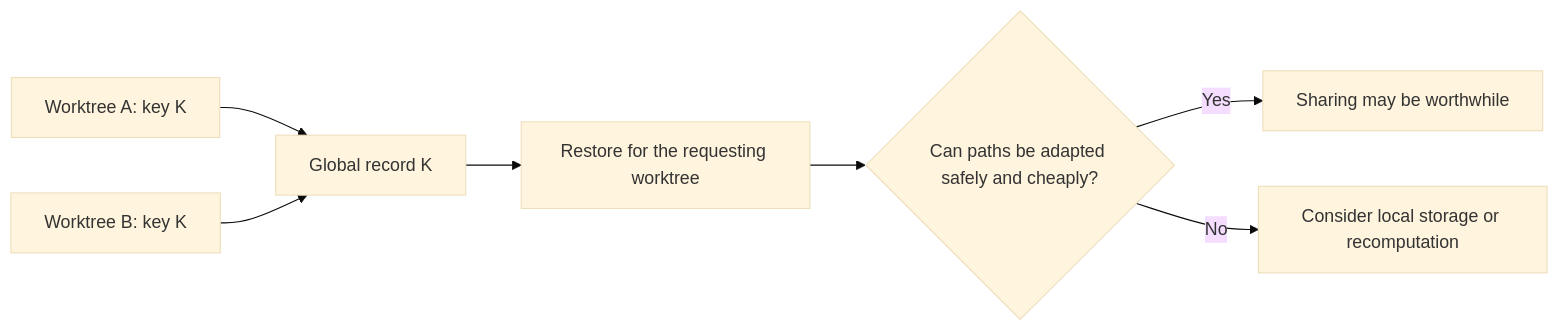
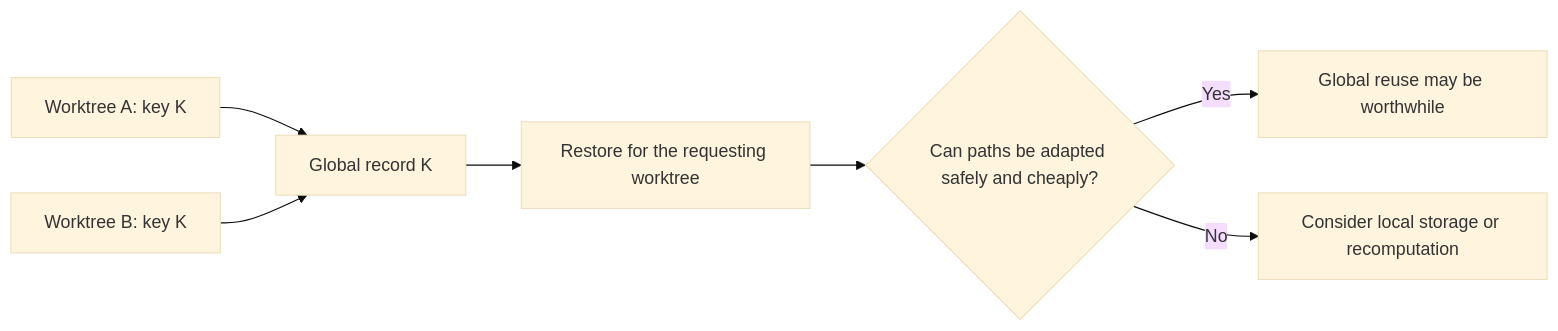
One commit to h-a-n-a/cache changed the first of 2 diagrams in scratchpad.md. Above: the diagram before and after it, drawn with Mermaid (base theme). The commit also changed other lines of this file and 3 other files, not shown here.

````diff
--- a/scratchpad.md
+++ b/scratchpad.md
@@ -29,9 +29,9 @@
 ```mermaid
 flowchart LR
     A[Worktree A: key K] --> G[Global record K]
     B[Worktree B: key K] --> G
     G --> R[Restore for the requesting worktree]
     R --> Q{Can paths be adapted safely and cheaply?}
-    Q -->|Yes| S[Sharing may be worthwhile]
+    Q -->|Yes| S[Global reuse may be worthwhile]
     Q -->|No| L[Consider local storage or recomputation]
 ```
````
